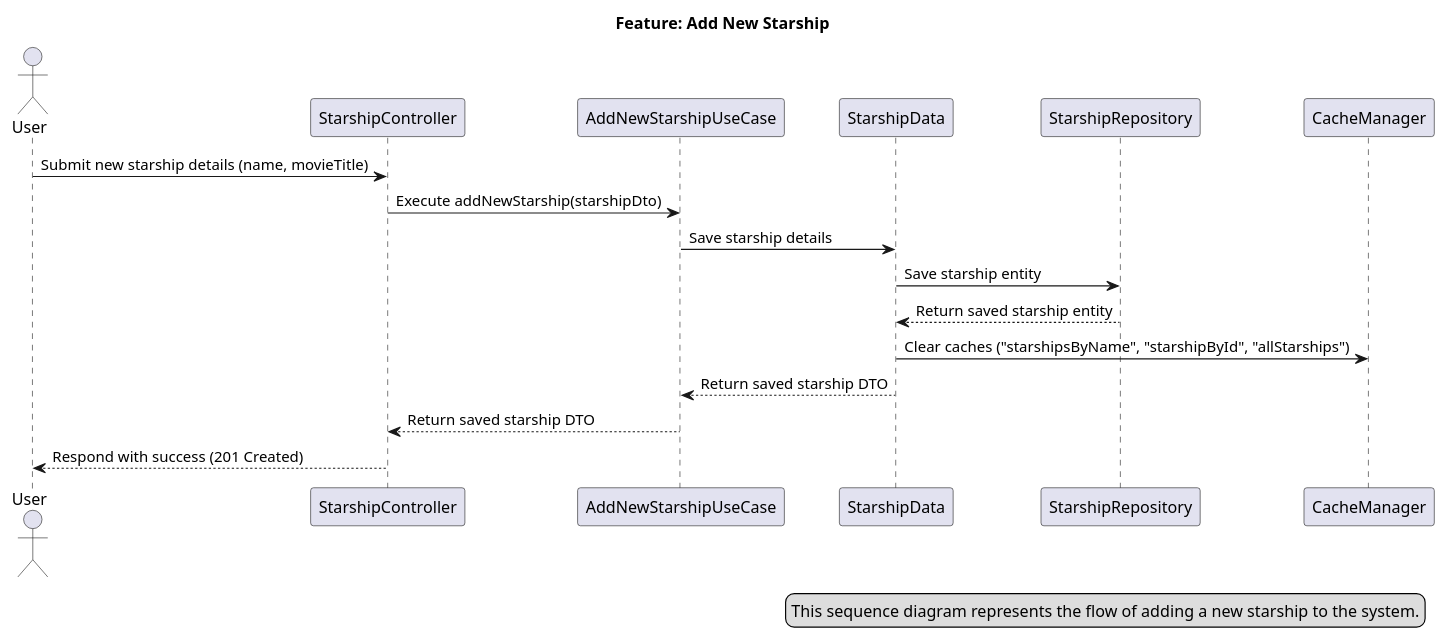
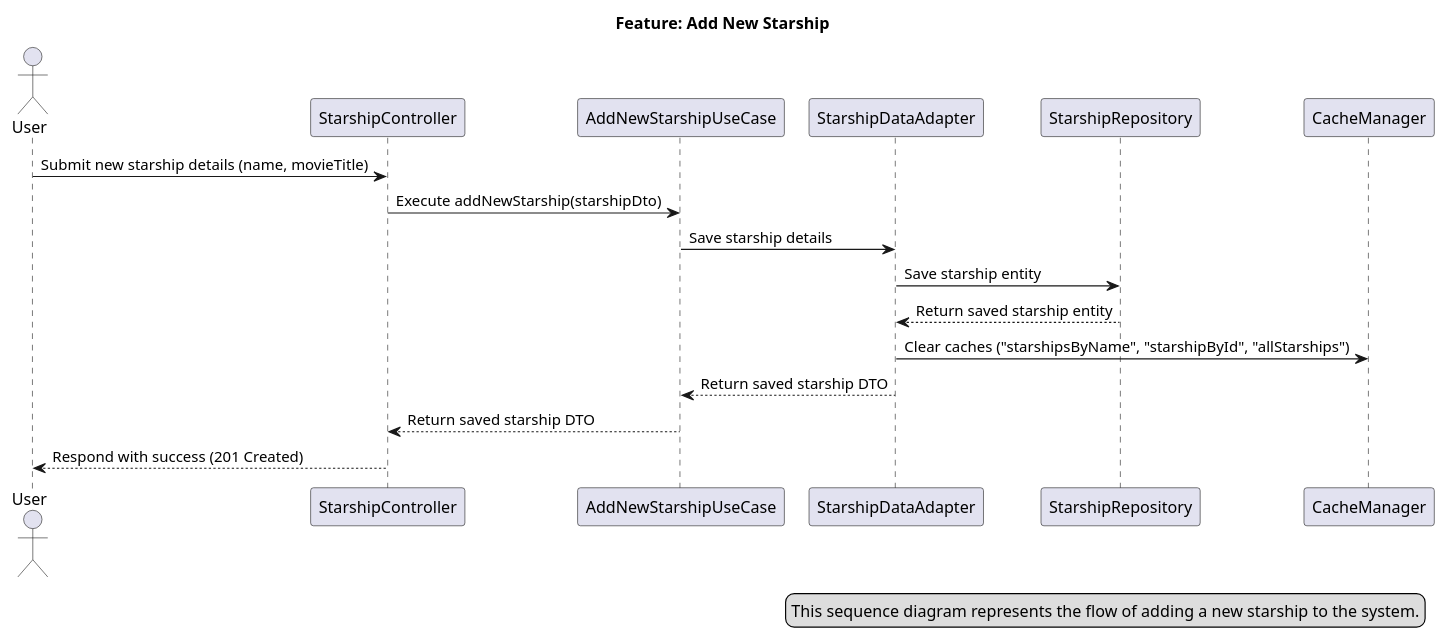
Before and after one commit to alex25/starship-registry: the diagram in doc/bdd-specs/starship-adding.puml, drawn with PlantUML. The commit also changed 71 other files, not shown here.

```diff
--- a/doc/bdd-specs/starship-adding.puml
+++ b/doc/bdd-specs/starship-adding.puml
@@ -1,24 +1,24 @@
 @startuml
 title Feature: Add New Starship
 
 actor User
 participant "StarshipController" as Controller
 participant "AddNewStarshipUseCase" as UseCase
-participant "StarshipData" as DataAdapter
+participant "StarshipDataAdapter" as DataAdapter
 participant "StarshipRepository" as Repository
 participant "CacheManager" as Cache
 
 User -> Controller: Submit new starship details (name, movieTitle)
 Controller -> UseCase: Execute addNewStarship(starshipDto)
 UseCase -> DataAdapter: Save starship details
 DataAdapter -> Repository: Save starship entity
 Repository --> DataAdapter: Return saved starship entity
 DataAdapter -> Cache: Clear caches ("starshipsByName", "starshipById", "allStarships")
 DataAdapter --> UseCase: Return saved starship DTO
 UseCase --> Controller: Return saved starship DTO
 Controller --> User: Respond with success (201 Created)
 
 legend right
   This sequence diagram represents the flow of adding a new starship to the system.
 endlegend
 @enduml
```
